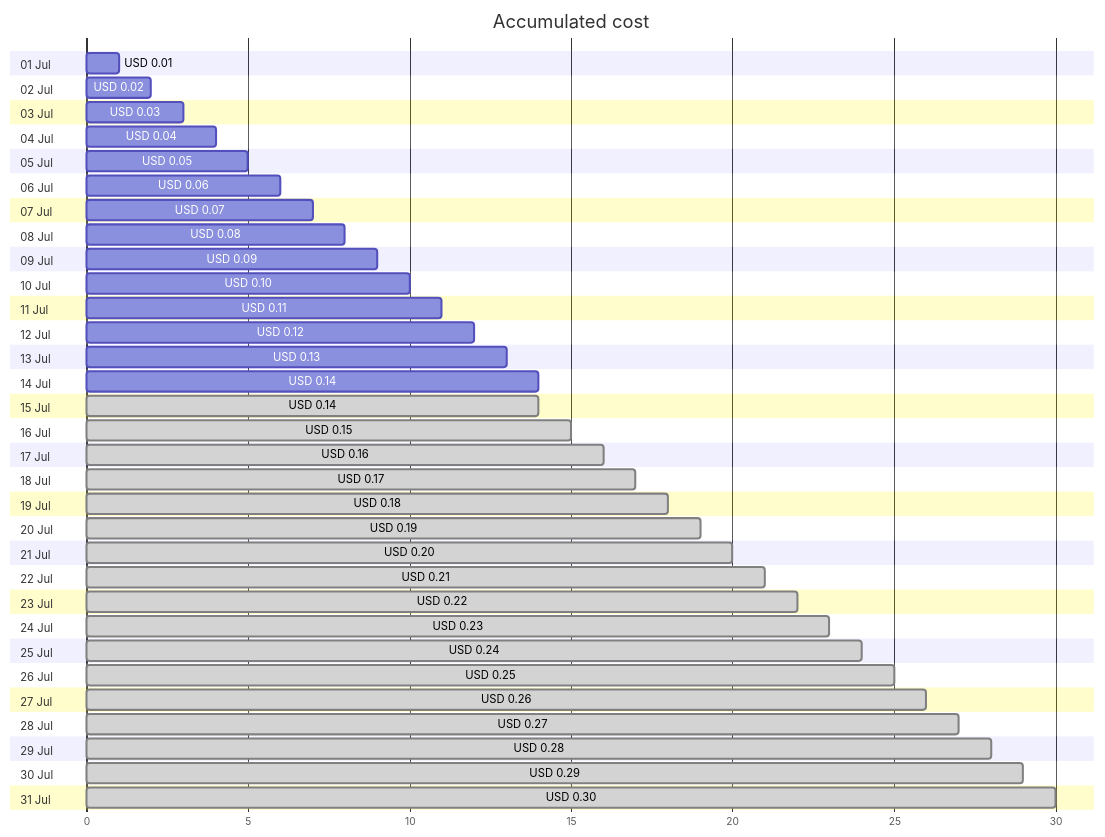
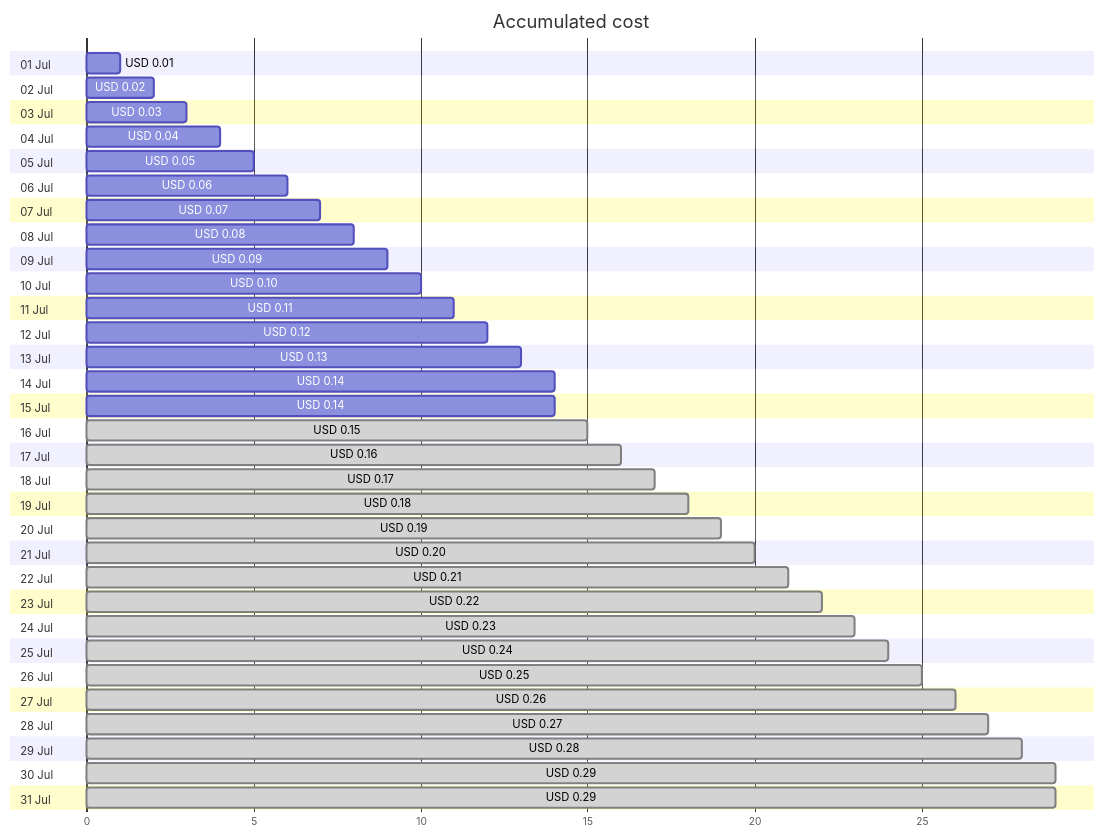
The first of 4 diagrams in cost-reports/cloud-shell-storage-eastus/README.md (jpfulton/azure-personal-reports), drawn with Mermaid before and after one commit. The commit also changed other lines of this file and 1 other file, not shown here.

Commit message:
Generated reports [skip ci]

````diff
--- a/cost-reports/cloud-shell-storage-eastus/README.md
+++ b/cost-reports/cloud-shell-storage-eastus/README.md
@@ -20,68 +20,68 @@
 ```mermaid
 gantt
    title Accumulated cost
    dateFormat  X
    axisFormat %s
    section 01 Jul
    USD 0.01 :0, 1
    section 02 Jul
    USD 0.02 :0, 2
    section 03 Jul
    USD 0.03 :0, 3
    section 04 Jul
    USD 0.04 :0, 4
    section 05 Jul
    USD 0.05 :0, 5
    section 06 Jul
    USD 0.06 :0, 6
    section 07 Jul
    USD 0.07 :0, 7
    section 08 Jul
    USD 0.08 :0, 8
    section 09 Jul
    USD 0.09 :0, 9
    section 10 Jul
    USD 0.10 :0, 10
    section 11 Jul
    USD 0.11 :0, 11
    section 12 Jul
    USD 0.12 :0, 12
    section 13 Jul
    USD 0.13 :0, 13
    section 14 Jul
    USD 0.14 :0, 14
    section 15 Jul
-   USD 0.14 : done, 0, 14
+   USD 0.14 :0, 14
    section 16 Jul
    USD 0.15 : done, 0, 15
    section 17 Jul
    USD 0.16 : done, 0, 16
    section 18 Jul
    USD 0.17 : done, 0, 17
    section 19 Jul
    USD 0.18 : done, 0, 18
    section 20 Jul
    USD 0.19 : done, 0, 19
    section 21 Jul
    USD 0.20 : done, 0, 20
    section 22 Jul
    USD 0.21 : done, 0, 21
    section 23 Jul
    USD 0.22 : done, 0, 22
    section 24 Jul
    USD 0.23 : done, 0, 23
    section 25 Jul
    USD 0.24 : done, 0, 24
    section 26 Jul
    USD 0.25 : done, 0, 25
    section 27 Jul
    USD 0.26 : done, 0, 26
    section 28 Jul
    USD 0.27 : done, 0, 27
    section 29 Jul
    USD 0.28 : done, 0, 28
    section 30 Jul
    USD 0.29 : done, 0, 29
    section 31 Jul
-   USD 0.30 : done, 0, 30
+   USD 0.29 : done, 0, 29
 ```
````
